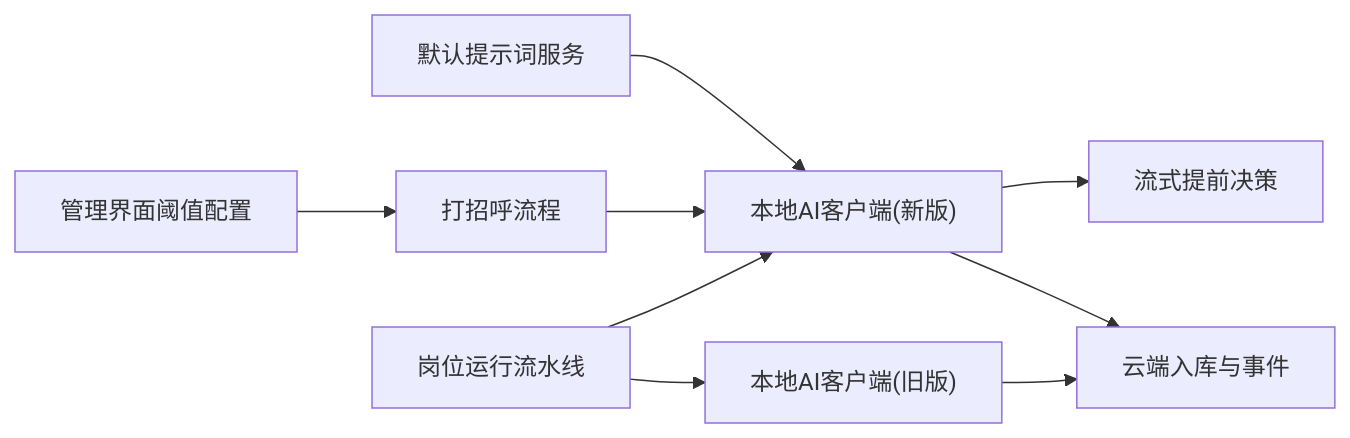
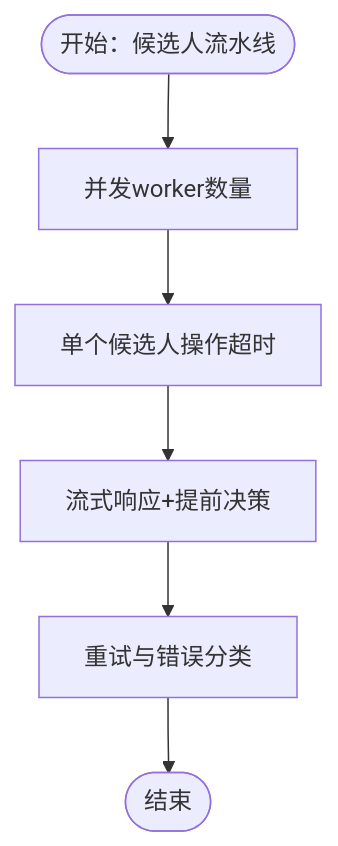
Before and after one commit to alvinwangzi/goodhr: the ninth of 9 diagrams in .qoder/repowiki/zh/content/云端后端服务/候选人处理系统/AI匹配评分/AI评分算法.md, drawn with Mermaid. The commit also changed other lines of this file and 149 other files, not shown here.

````diff
--- a/.qoder/repowiki/zh/content/云端后端服务/候选人处理系统/AI匹配评分/AI评分算法.md
+++ b/.qoder/repowiki/zh/content/云端后端服务/候选人处理系统/AI匹配评分/AI评分算法.md
@@ -319,11 +417,8 @@
 ```mermaid
-graph LR
-Pipeline["岗位运行流水线"] --> LocalAI["本地AI客户端(旧版)"]
-Pipeline --> NewAI["本地AI客户端(新版)"]
-Greeting["打招呼流程"] --> NewAI
-NewAI --> Stream["流式提前决策"]
-LocalAI --> Ingest["云端入库与事件"]
-NewAI --> Ingest
-DefaultPrompts["默认提示词服务"] --> NewAI
-AdminUI["管理界面阈值配置"] --> Greeting
+flowchart TD
+Start(["开始：候选人流水线"]) --> Concurrency["并发worker数量"]
+Concurrency --> Timeout["单个候选人操作超时"]
+Timeout --> Stream["流式响应+提前决策"]
+Stream --> Retry["重试与错误分类"]
+Retry --> End(["结束"])
 ```
````
